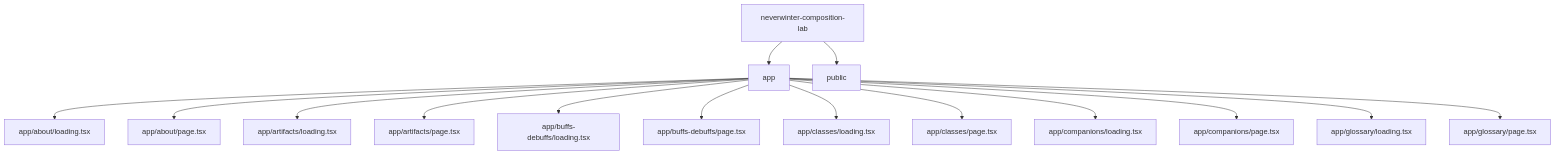
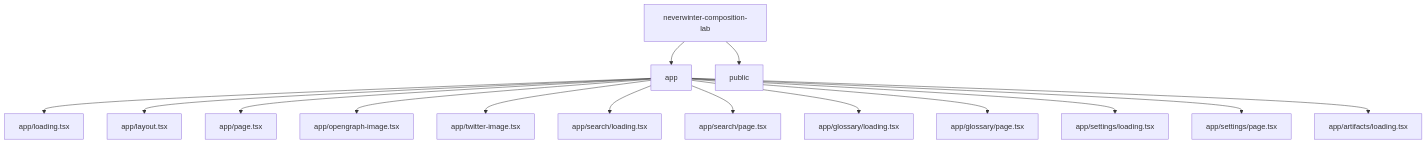
The second of 7 diagrams in README.md (Nischhalsubba/neverwinter-composition-lab), drawn with Mermaid before and after one commit. The commit also changed other lines of this file, not shown here.

````diff
--- a/README.md
+++ b/README.md
@@ -55,18 +92,18 @@
 ```mermaid
 flowchart TD
     APP["neverwinter-composition-lab"]
     APP --> R0["app"]
     APP --> R1["public"]
-    R0 --> F0["app/about/loading.tsx"]
-    R0 --> F1["app/about/page.tsx"]
-    R0 --> F2["app/artifacts/loading.tsx"]
-    R0 --> F3["app/artifacts/page.tsx"]
-    R0 --> F4["app/buffs-debuffs/loading.tsx"]
-    R0 --> F5["app/buffs-debuffs/page.tsx"]
-    R0 --> F6["app/classes/loading.tsx"]
-    R0 --> F7["app/classes/page.tsx"]
-    R0 --> F8["app/companions/loading.tsx"]
-    R0 --> F9["app/companions/page.tsx"]
-    R0 --> F10["app/glossary/loading.tsx"]
-    R0 --> F11["app/glossary/page.tsx"]
+    R0 --> F0["app/loading.tsx"]
+    R0 --> F1["app/layout.tsx"]
+    R0 --> F2["app/page.tsx"]
+    R0 --> F3["app/opengraph-image.tsx"]
+    R0 --> F4["app/twitter-image.tsx"]
+    R0 --> F5["app/search/loading.tsx"]
+    R0 --> F6["app/search/page.tsx"]
+    R0 --> F7["app/glossary/loading.tsx"]
+    R0 --> F8["app/glossary/page.tsx"]
+    R0 --> F9["app/settings/loading.tsx"]
+    R0 --> F10["app/settings/page.tsx"]
+    R0 --> F11["app/artifacts/loading.tsx"]
 ```
````
